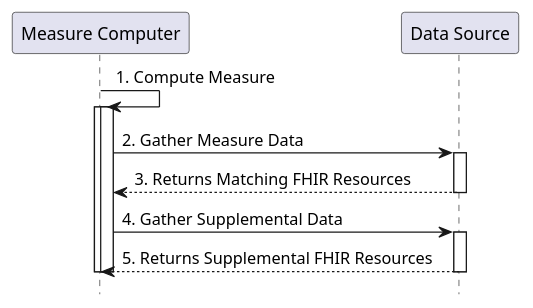
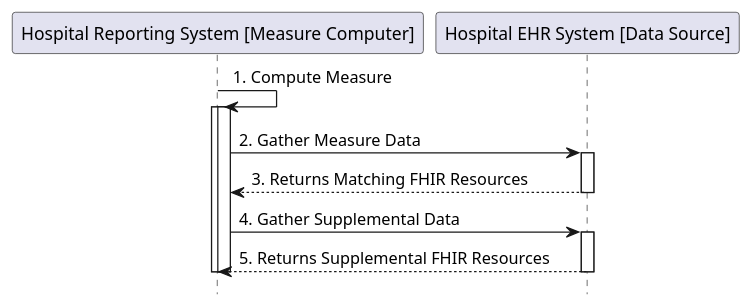
The diagram in input/images-source/usecase5-processflow.plantuml (HL7/fhir-saner), drawn with PlantUML before and after one commit. The commit also changed 65 other files, not shown here.

```diff
--- a/input/images-source/usecase5-processflow.plantuml
+++ b/input/images-source/usecase5-processflow.plantuml
@@ -1,18 +1,18 @@
 @startuml
 hide footbox
-participant "Measure Computer" as MeasureComputer
-participant "Data Source" as DataSource
+participant "Hospital Reporting System [Measure Computer]" as MeasureComputer
+participant "Hospital EHR System [Data Source]" as DataSource
 "MeasureComputer" -> "MeasureComputer" : 1. Compute Measure
 activate "MeasureComputer"
 activate "MeasureComputer"
 "MeasureComputer" -> "DataSource" : 2. Gather Measure Data
 activate "DataSource"
 "DataSource" --> "MeasureComputer" : 3. Returns Matching FHIR Resources
 deactivate "DataSource"
 "MeasureComputer" -> "DataSource" : 4. Gather Supplemental Data
 activate "DataSource"
 "DataSource" --> "MeasureComputer" : 5. Returns Supplemental FHIR Resources
 deactivate "DataSource"
 deactivate "MeasureComputer"
 deactivate "MeasureComputer"
 @enduml
```
